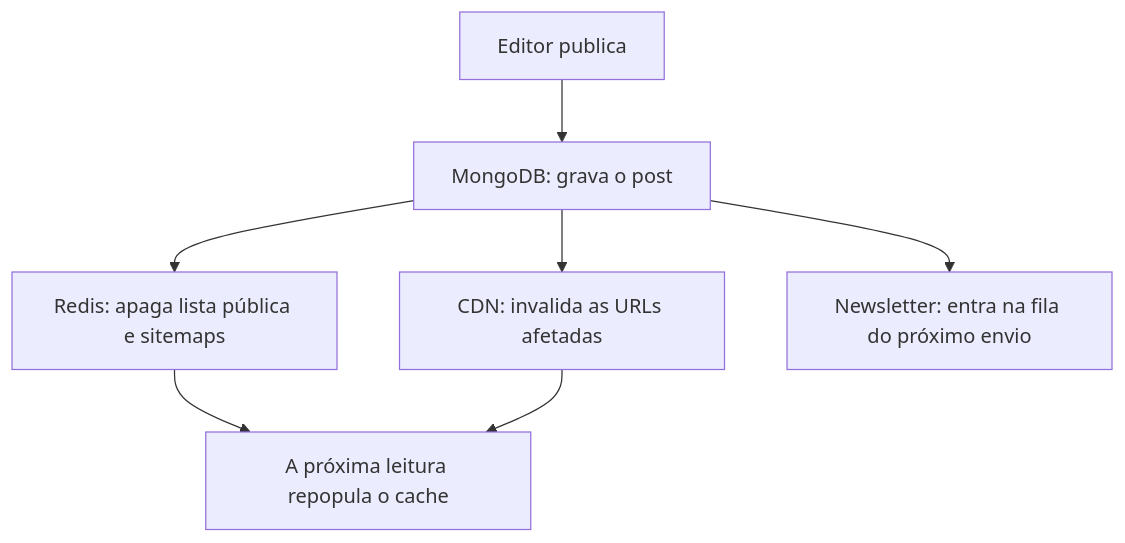
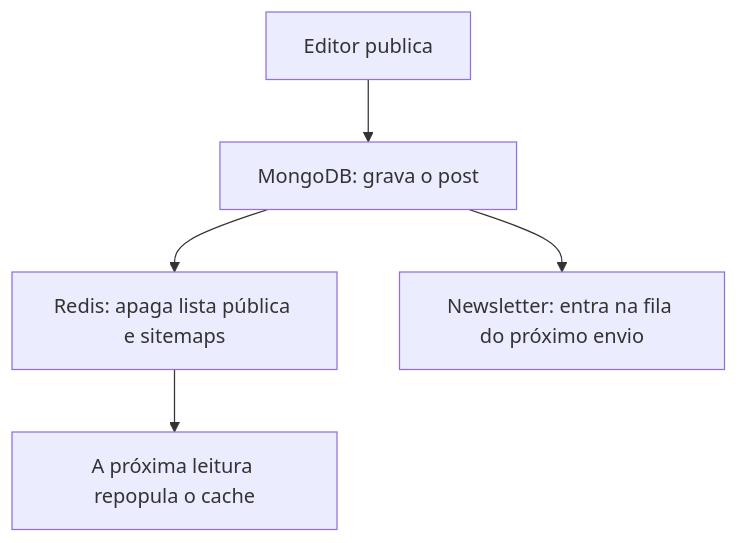
One commit to rouri404/cotoo.dev changed the fifth of 8 diagrams in blog/oedla-plataforma-editorial.md. Above: the diagram before and after it, drawn with Mermaid. The commit also changed other lines of this file and 12 other files, not shown here.

````diff
--- a/blog/oedla-plataforma-editorial.md
+++ b/blog/oedla-plataforma-editorial.md
@@ -167,10 +163,8 @@
 ```mermaid
 %% title: O que acontece ao publicar
 flowchart TD
     P["Editor publica"] --> M["MongoDB: grava o post"]
     M --> R["Redis: apaga lista pública e sitemaps"]
-    M --> C["CDN: invalida as URLs afetadas"]
     M --> N["Newsletter: entra na fila do próximo envio"]
     R --> V["A próxima leitura repopula o cache"]
-    C --> V
 ```
````
